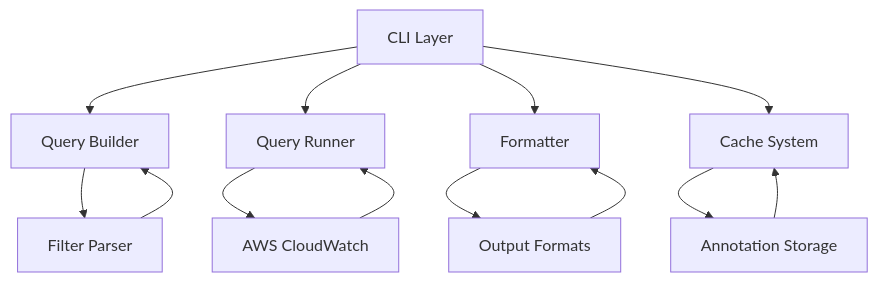
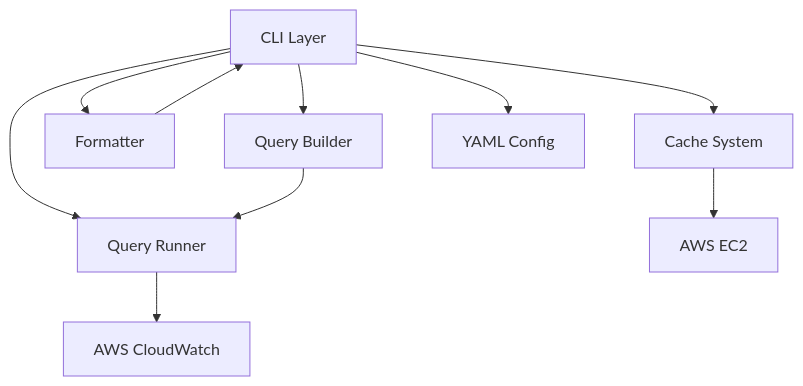
One commit to fractalops/fli changed the first of 3 diagrams in docs/design/architecture.md. Above: the diagram before and after it, drawn with Mermaid. The commit also changed other lines of this file, not shown here.

First line of the commit message:
Refactor architecture documentation for improved clarity

````diff
--- a/docs/design/architecture.md
+++ b/docs/design/architecture.md
@@ -9,15 +9,12 @@
 ```mermaid
 graph TD
     A[CLI Layer] --> B[Query Builder]
     A --> C[Query Runner]
     A --> D[Formatter]
     A --> E[Cache System]
-    B --> F[Filter Parser]
+    A --> J[YAML Config]
     C --> G[AWS CloudWatch]
-    D --> H[Output Formats]
-    E --> I[Annotation Storage]
-    F --> B
-    G --> C
-    H --> D
-    I --> E
+    E --> H[AWS EC2]
+    B --> C
+    D --> A
 ```
````
